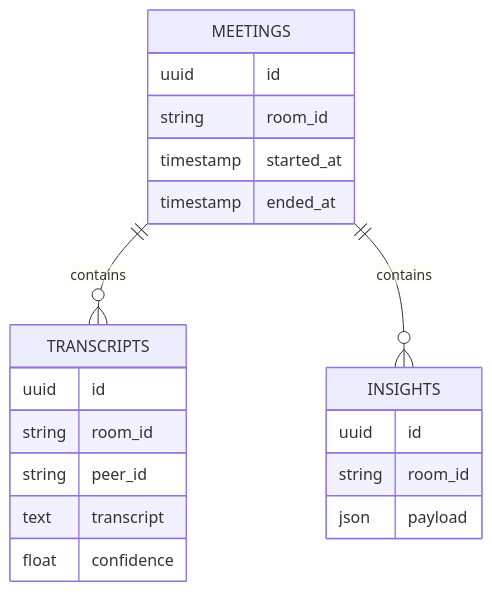
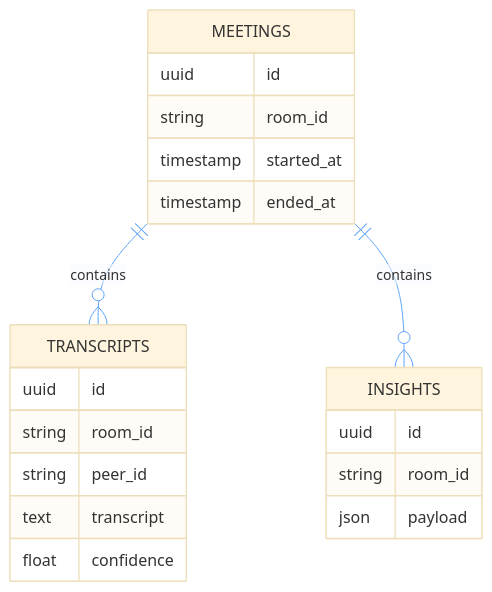
The seventh of 7 diagrams in README.md (madhusudhan890/media-intelligence-platform), drawn with Mermaid before and after one commit. The commit also changed other lines of this file, not shown here.

````diff
--- a/README.md
+++ b/README.md
@@ -257,27 +335,38 @@
 ```mermaid
+---
+config:
+  theme: base
+  themeVariables:
+    attributeBackgroundColor: '#f8fafc'
+    attributeTextColor: '#0f172a'
+    entityBackgroundColor: '#3b82f6'
+    entityBorderColor: '#1d4ed8'
+    entityTextColor: '#ffffff'
+    lineColor: '#60a5fa'
+---
 erDiagram
 
 MEETINGS ||--o{ TRANSCRIPTS : contains
 MEETINGS ||--o{ INSIGHTS : contains
 
 MEETINGS {
     uuid id
     string room_id
     timestamp started_at
     timestamp ended_at
 }
 
 TRANSCRIPTS {
     uuid id
     string room_id
     string peer_id
     text transcript
     float confidence
 }
 
 INSIGHTS {
     uuid id
     string room_id
     json payload
 }
 ```
````
